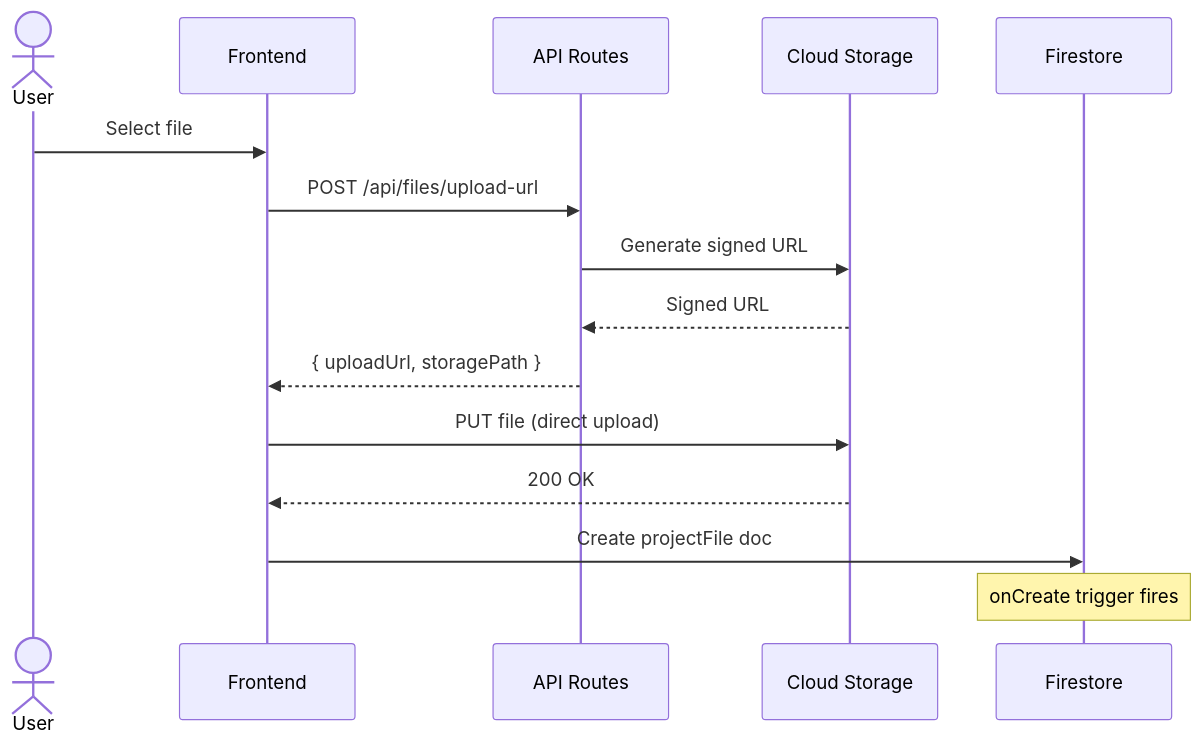
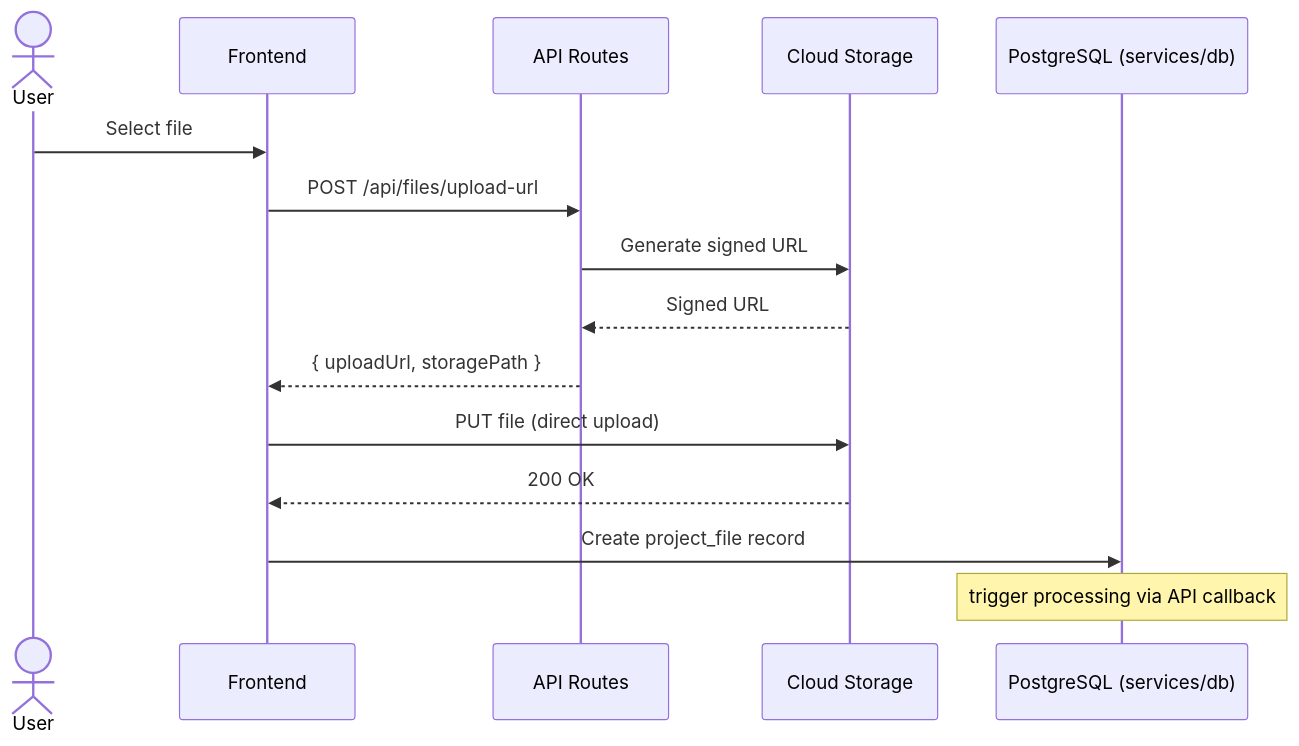
One commit to Wisnu8aji/paax-ai changed the second of 2 diagrams in docs/api/document-intelligence.md. Above: the diagram before and after it, drawn with Mermaid. The commit also changed other lines of this file, not shown here.

Commit message:
docs(di): update upload security flow in document-intelligence.md

````diff
--- a/docs/api/document-intelligence.md
+++ b/docs/api/document-intelligence.md
@@ -43,18 +46,18 @@
 ```mermaid
 sequenceDiagram
     actor User
     participant Web as Frontend
     participant API as API Routes
     participant GCS as Cloud Storage
-    participant DB as Firestore
+    participant DB as PostgreSQL (services/db)
 
     User->>Web: Select file
     Web->>API: POST /api/files/upload-url
     API->>GCS: Generate signed URL
     GCS-->>API: Signed URL
     API-->>Web: { uploadUrl, storagePath }
     Web->>GCS: PUT file (direct upload)
     GCS-->>Web: 200 OK
-    Web->>DB: Create projectFile doc
-    Note over DB: onCreate trigger fires
+    Web->>DB: Create project_file record
+    Note over DB: trigger processing via API callback
 ```
````
